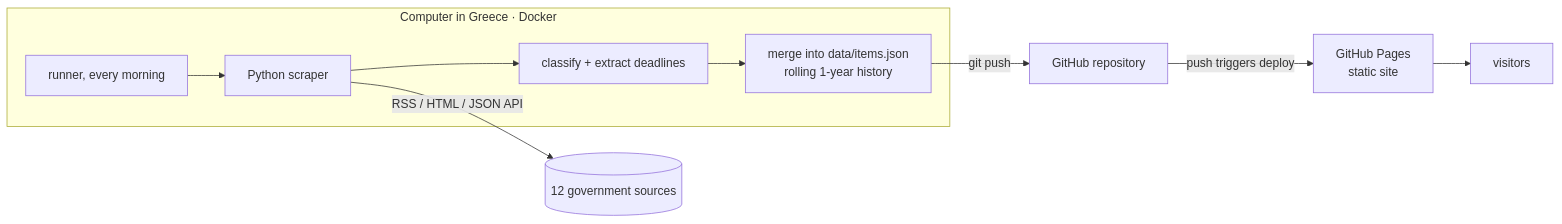
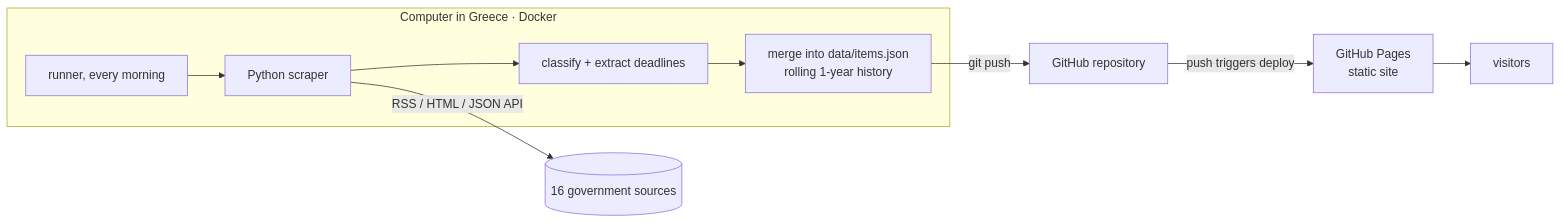
One commit to ThanosTheodorakis/kyrbeis changed the diagram in README.md. Above: the diagram before and after it, drawn with Mermaid. The commit also changed other lines of this file and 6 other files, not shown here.

````diff
--- a/README.md
+++ b/README.md
@@ -31,12 +31,12 @@
 ```mermaid
 flowchart LR
     subgraph PC[Computer in Greece · Docker]
       A[runner, every morning] --> B[Python scraper]
       B --> D[classify + extract deadlines]
       D --> E[merge into data/items.json<br/>rolling 1-year history]
     end
-    B -->|RSS / HTML / JSON API| C[(12 government sources)]
+    B -->|RSS / HTML / JSON API| C[(16 government sources)]
     E -->|git push| G[GitHub repository]
     G -->|push triggers deploy| H[GitHub Pages<br/>static site]
     H --> V[visitors]
 ```
````
